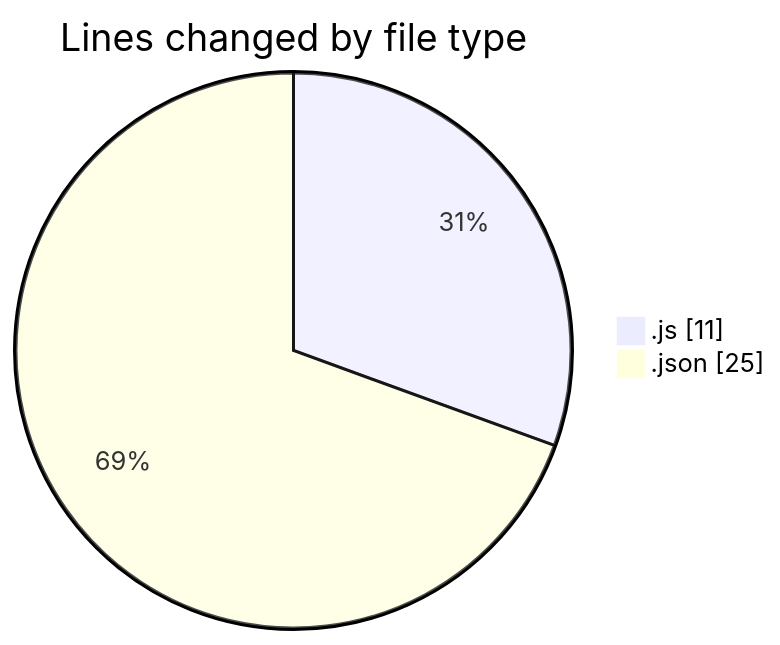
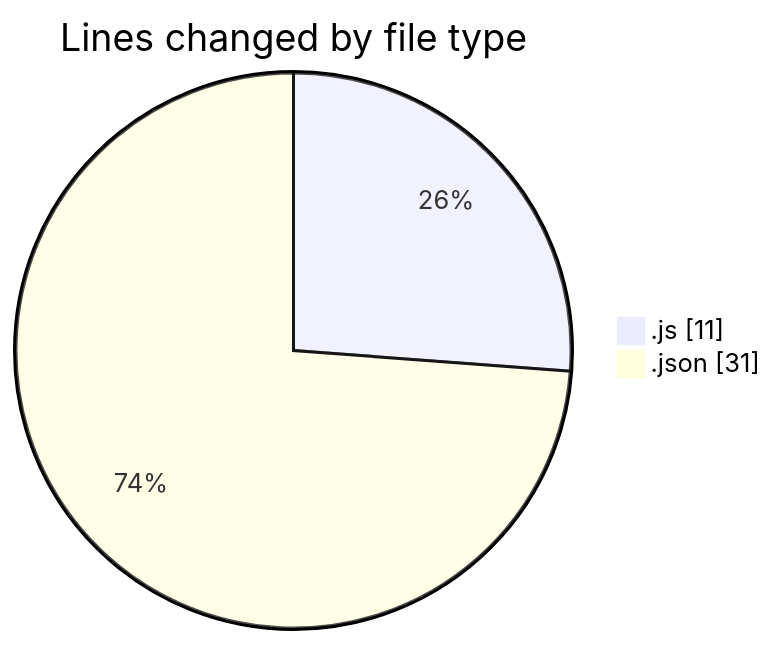
Before and after one commit to momahboobian/code-tracking: the first of 2 diagrams in 2025-12-18/cda/README.md, drawn with Mermaid. The commit also changed other lines of this file and 1 other file, not shown here.

````diff
--- a/2025-12-18/cda/README.md
+++ b/2025-12-18/cda/README.md
@@ -23,6 +23,6 @@
 ```mermaid
 pie showData
 title Lines changed by file type
 ".js" : 11
-".json" : 25
+".json" : 31
 ```
````
